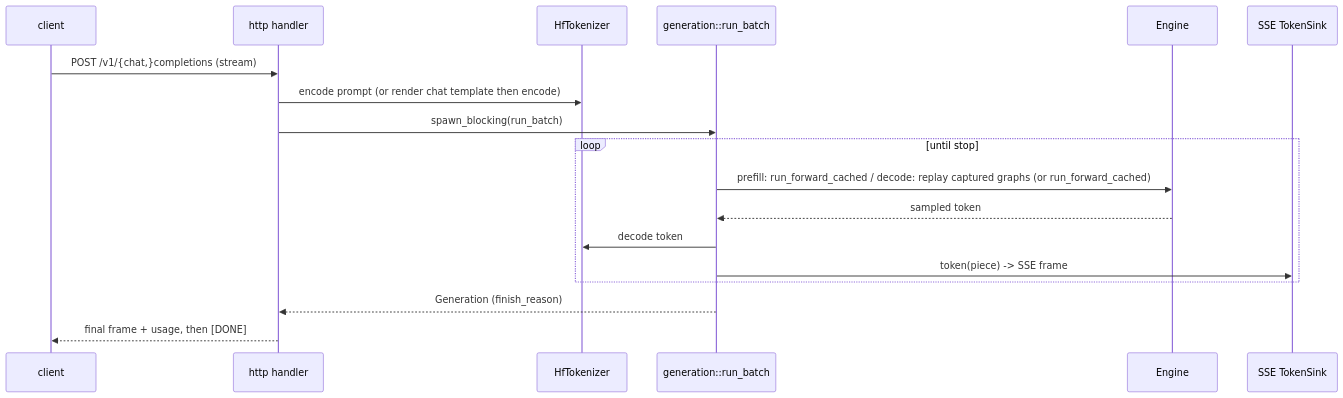
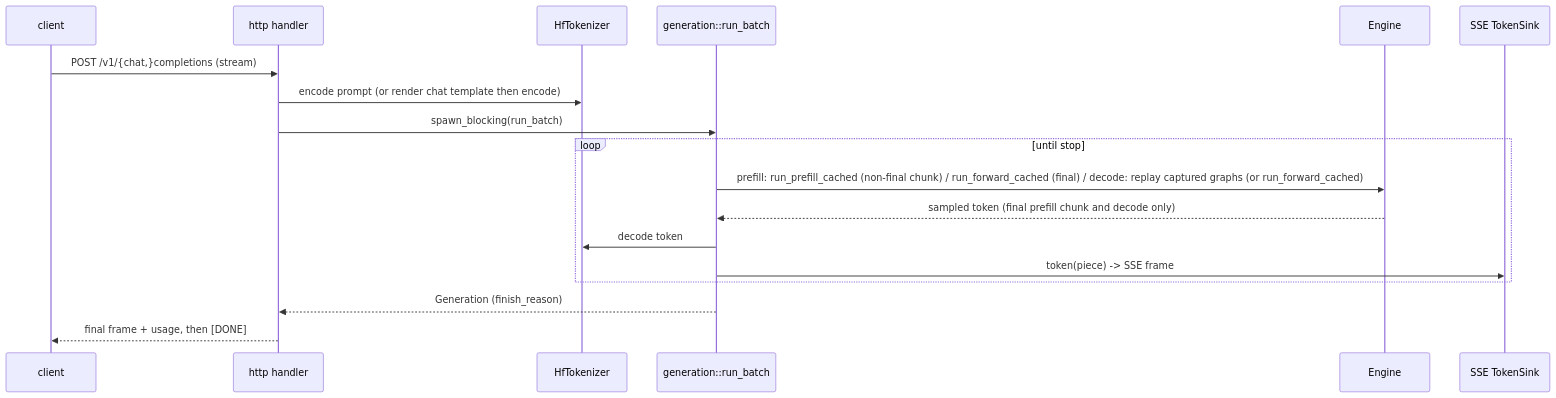
Diagram 15 of 17 in ARCHITECTURE.md (butzist/ferrum-torrens), drawn with Mermaid before and after one commit. The commit also changed other lines of this file and 7 other files, not shown here.

Commit message:
feat(generation): commit a GDN snapshot at each prefill chunk boundary

````diff
--- a/ARCHITECTURE.md
+++ b/ARCHITECTURE.md
@@ -589,20 +593,20 @@
 ```mermaid
 sequenceDiagram
   participant C as client
   participant H as http handler
   participant T as HfTokenizer
   participant G as generation::run_batch
   participant E as Engine
   participant Sink as SSE TokenSink
   C->>H: POST /v1/{chat,}completions (stream)
   H->>T: encode prompt (or render chat template then encode)
   H->>G: spawn_blocking(run_batch)
   loop until stop
-    G->>E: prefill: run_forward_cached / decode: replay captured graphs (or run_forward_cached)
-    E-->>G: sampled token
+    G->>E: prefill: run_prefill_cached (non-final chunk) / run_forward_cached (final) / decode: replay captured graphs (or run_forward_cached)
+    E-->>G: sampled token (final prefill chunk and decode only)
     G->>T: decode token
     G->>Sink: token(piece) -> SSE frame
   end
   G-->>H: Generation (finish_reason)
   H-->>C: final frame + usage, then [DONE]
 ```
````
